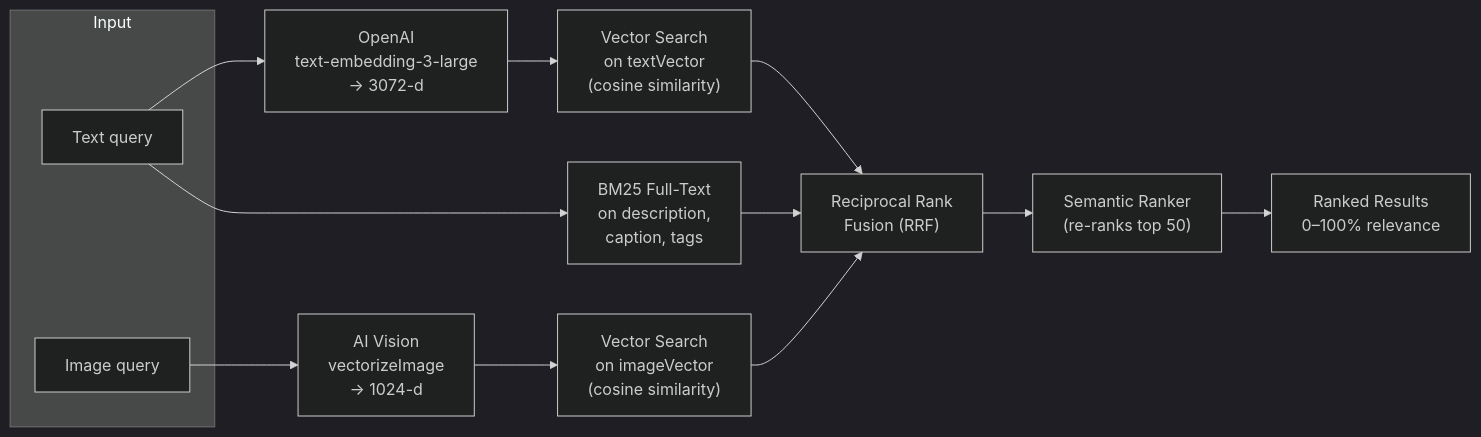
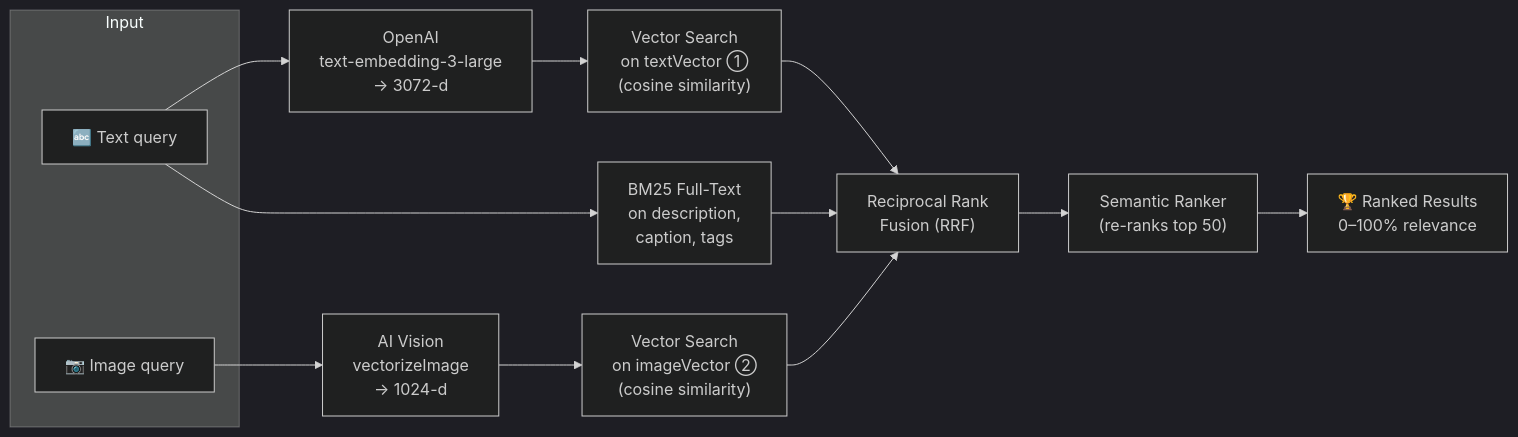
One commit to asevillano/visual-ai-search changed the fourth of 4 diagrams in README.md. Above: the diagram before and after it, drawn with Mermaid (dark theme). The commit also changed other lines of this file, not shown here.

````diff
--- a/README.md
+++ b/README.md
@@ -194,22 +207,22 @@
 ```mermaid
 flowchart LR
     subgraph Input
-        TQ["Text query"]
-        IQ["Image query"]
+        TQ["🔤 Text query"]
+        IQ["📷 Image query"]
     end
 
     TQ --> OE["OpenAI\ntext-embedding-3-large\n→ 3072-d"]
     IQ --> VI["AI Vision\nvectorizeImage\n→ 1024-d"]
 
-    OE --> VS1["Vector Search\non textVector\n(cosine similarity)"]
-    VI --> VS2["Vector Search\non imageVector\n(cosine similarity)"]
+    OE --> VS1["Vector Search\non textVector ①\n(cosine similarity)"]
+    VI --> VS2["Vector Search\non imageVector ②\n(cosine similarity)"]
 
     TQ --> BM["BM25 Full-Text\non description,\ncaption, tags"]
 
     VS1 --> RRF["Reciprocal Rank\nFusion (RRF)"]
     VS2 --> RRF
     BM --> RRF
 
     RRF --> SR["Semantic Ranker\n(re-ranks top 50)"]
-    SR --> RES["Ranked Results\n0–100% relevance"]
+    SR --> RES["🏆 Ranked Results\n0–100% relevance"]
 ```
````
